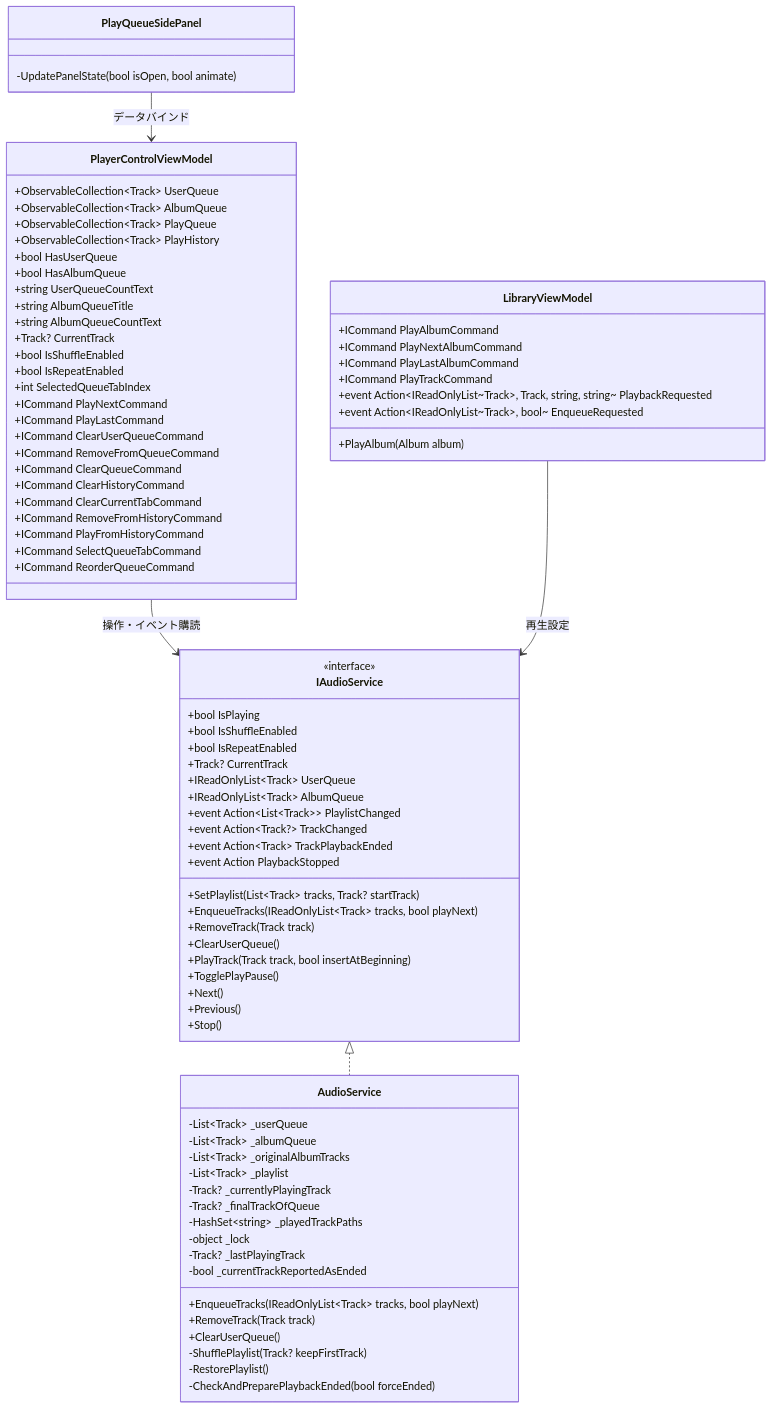
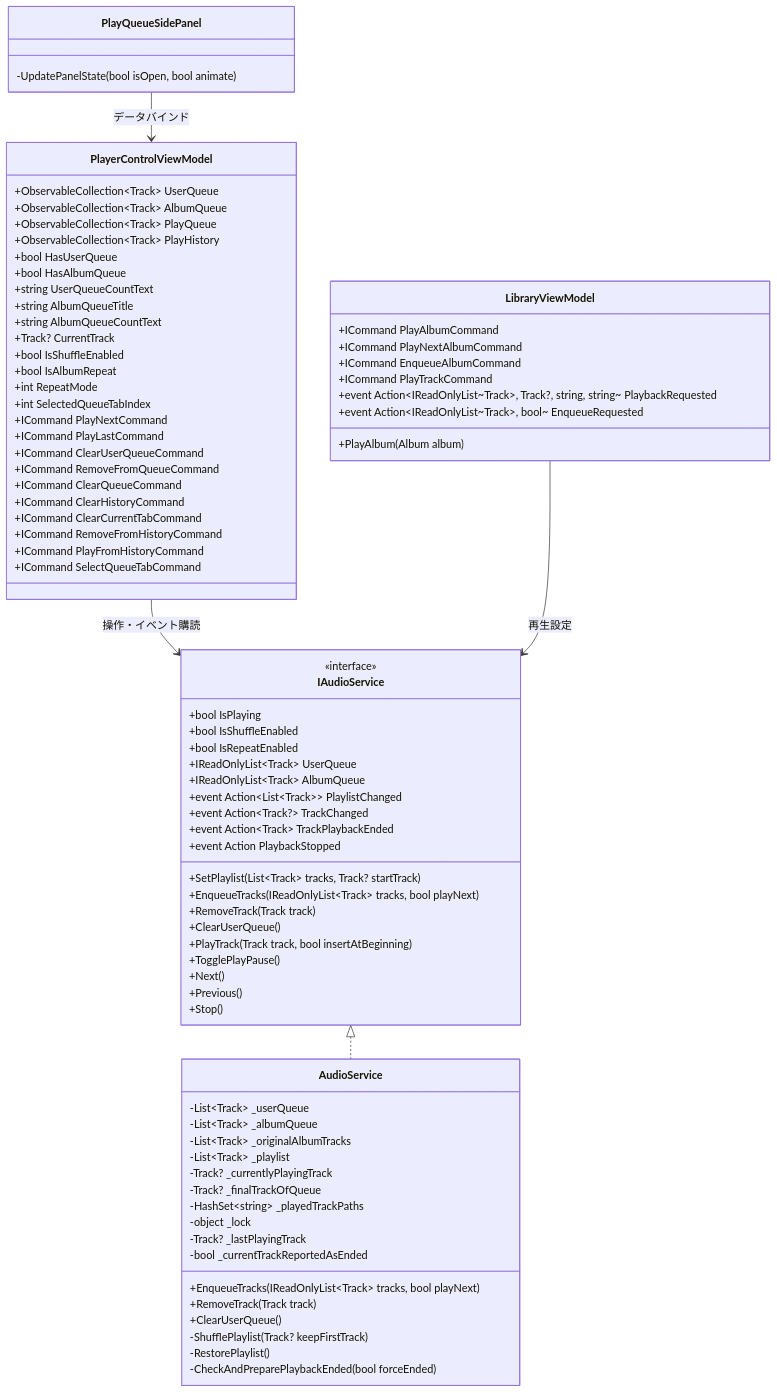
One commit to taketonnbo/Audio_Effector changed the first of 4 diagrams in 設計/詳細設計/再生キュー.md. Above: the diagram before and after it, drawn with Mermaid. The commit also changed other lines of this file and 13 other files, not shown here.

```diff
--- a/設計/詳細設計/再生キュー.md
+++ b/設計/詳細設計/再生キュー.md
@@ -20,7 +20,6 @@
         +bool IsPlaying
         +bool IsShuffleEnabled
         +bool IsRepeatEnabled
-        +Track? CurrentTrack
         +IReadOnlyList~Track~ UserQueue
         +IReadOnlyList~Track~ AlbumQueue
         +event Action~List~Track~~ PlaylistChanged
@@ -69,7 +68,8 @@
         +string AlbumQueueCountText
         +Track? CurrentTrack
         +bool IsShuffleEnabled
-        +bool IsRepeatEnabled
+        +bool IsAlbumRepeat
+        +int RepeatMode
         +int SelectedQueueTabIndex
         +ICommand PlayNextCommand
         +ICommand PlayLastCommand
@@ -81,16 +81,15 @@
         +ICommand RemoveFromHistoryCommand
         +ICommand PlayFromHistoryCommand
         +ICommand SelectQueueTabCommand
-        +ICommand ReorderQueueCommand
     }
 
     class LibraryViewModel {
         +ICommand PlayAlbumCommand
         +ICommand PlayNextAlbumCommand
-        +ICommand PlayLastAlbumCommand
+        +ICommand EnqueueAlbumCommand
         +ICommand PlayTrackCommand
         +PlayAlbum(Album album)
-        +event Action~IReadOnlyList~Track~, Track, string, string~ PlaybackRequested
+        +event Action~IReadOnlyList~Track~, Track?, string, string~ PlaybackRequested
         +event Action~IReadOnlyList~Track~, bool~ EnqueueRequested
     }
 
```
